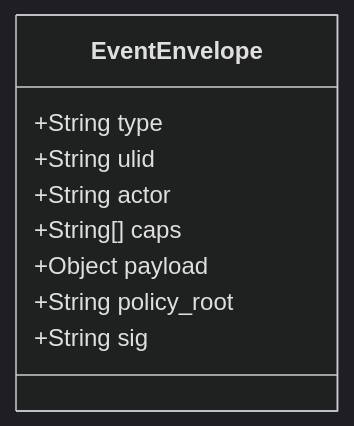
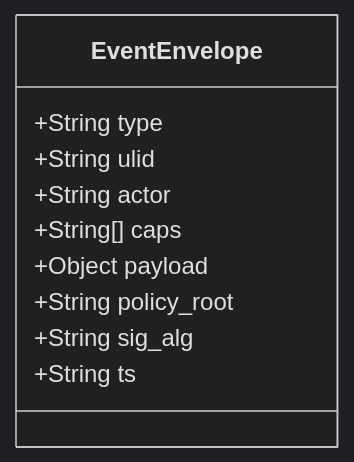
One commit to flyingrobots/gatos changed the second of 2 diagrams in docs/guide/CHAPTER-002.md. Above: the diagram before and after it, drawn with Mermaid (dark theme). The commit also changed other lines of this file and 12 other files, not shown here.

````diff
--- a/docs/guide/CHAPTER-002.md
+++ b/docs/guide/CHAPTER-002.md
@@ -29,12 +29,13 @@
 ```mermaid
 classDiagram
     class EventEnvelope {
         +String type
         +String ulid
         +String actor
         +String[] caps
         +Object payload
         +String policy_root
-        +String sig
+        +String sig_alg
+        +String ts
     }
 ```
````
